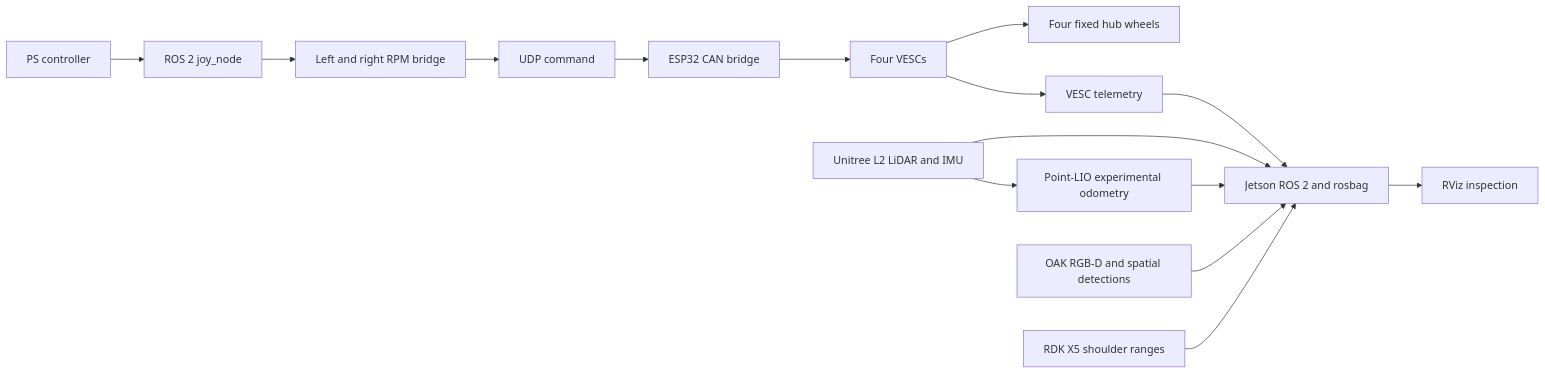
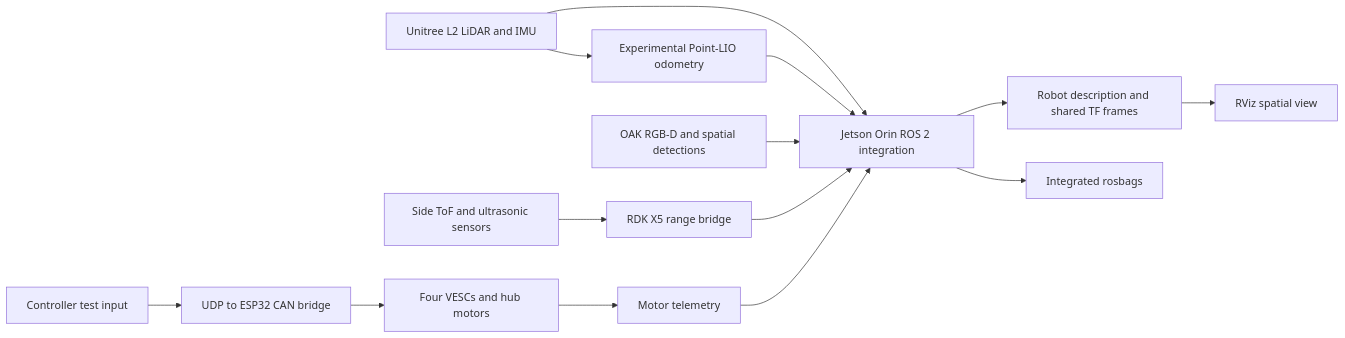
One commit to kenner1-unlv/cs490-lio-slam changed the diagram in README.md. Above: the diagram before and after it, drawn with Mermaid. The commit also changed other lines of this file and 2 other files, not shown here.

First line of the commit message:
Center OrinBot study on semester integration progress

````diff
--- a/README.md
+++ b/README.md
@@ -22,11 +39,12 @@
 ```mermaid
 flowchart LR
-    JOY[PS controller] --> JN[ROS 2 joy_node] --> JR[Left and right RPM bridge]
-    JR --> UDP[UDP command] --> ESP[ESP32 CAN bridge] --> VESC[Four VESCs] --> W[Four fixed hub wheels]
-    VESC --> TEL[VESC telemetry] --> ROS[Jetson ROS 2 and rosbag]
-    L2[Unitree L2 LiDAR and IMU] --> ROS
-    L2 --> LIO[Point-LIO experimental odometry] --> ROS
+    L2[Unitree L2 LiDAR and IMU] --> ROS[Jetson Orin ROS 2 integration]
+    L2 --> LIO[Experimental Point-LIO odometry] --> ROS
     OAK[OAK RGB-D and spatial detections] --> ROS
-    RDK[RDK X5 shoulder ranges] --> ROS
-    ROS --> RVIZ[RViz inspection]
+    SHOULDER[Side ToF and ultrasonic sensors] --> RDK[RDK X5 range bridge] --> ROS
+    ROS --> MODEL[Robot description and shared TF frames]
+    MODEL --> RVIZ[RViz spatial view]
+    ROS --> BAGS[Integrated rosbags]
+    JOY[Controller test input] --> BRIDGE[UDP to ESP32 CAN bridge] --> VESC[Four VESCs and hub motors]
+    VESC --> TELEMETRY[Motor telemetry] --> ROS
 ```
````
